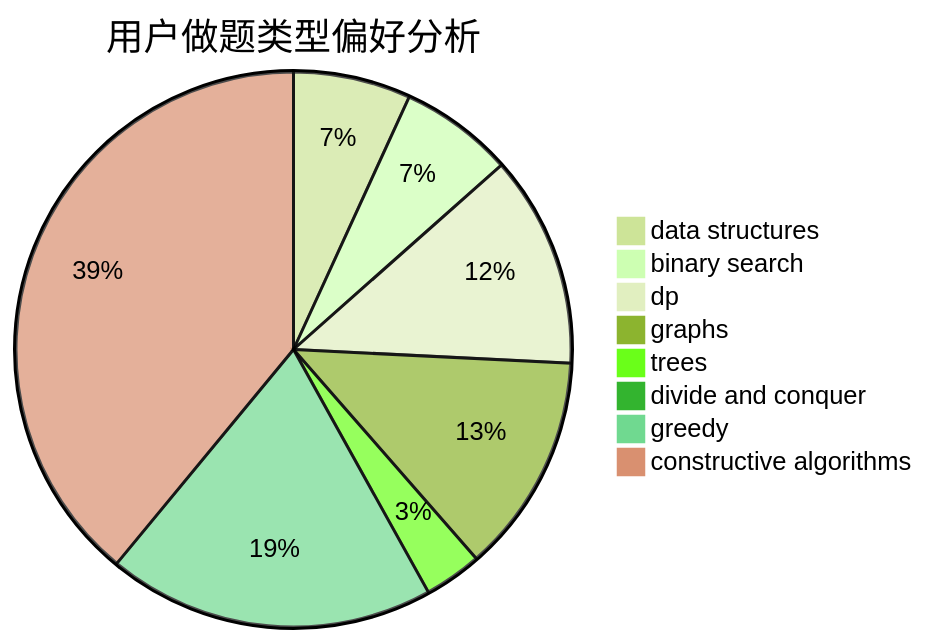
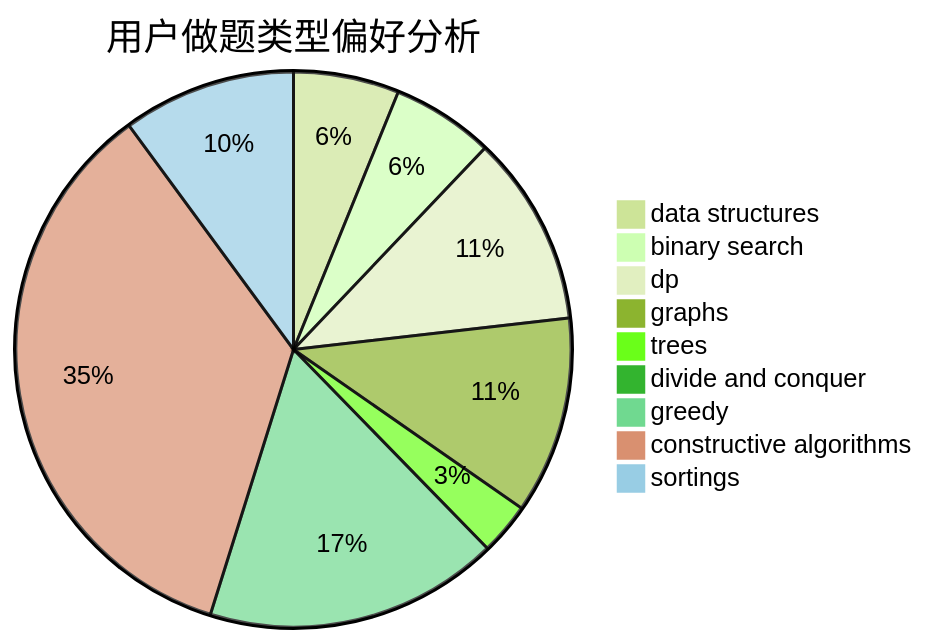
Before and after one commit to sherpahu/cfrs.github.io: the second of 3 diagrams in docs/user/u2515.md, drawn with Mermaid (forest theme). The commit also changed other lines of this file and 2769 other files, not shown here.

````diff
--- a/docs/user/u2515.md
+++ b/docs/user/u2515.md
@@ -23,11 +18,12 @@
 ```mermaid
 pie title 用户做题类型偏好分析
     "data structures" :  61
     "binary search" :  59
     "dp" :  110
     "graphs" :  114
     "trees" :  30
     "divide and conquer" :  0
     "greedy" :  170
     "constructive algorithms" :  348
+    "sortings" :  100
 ```
````
